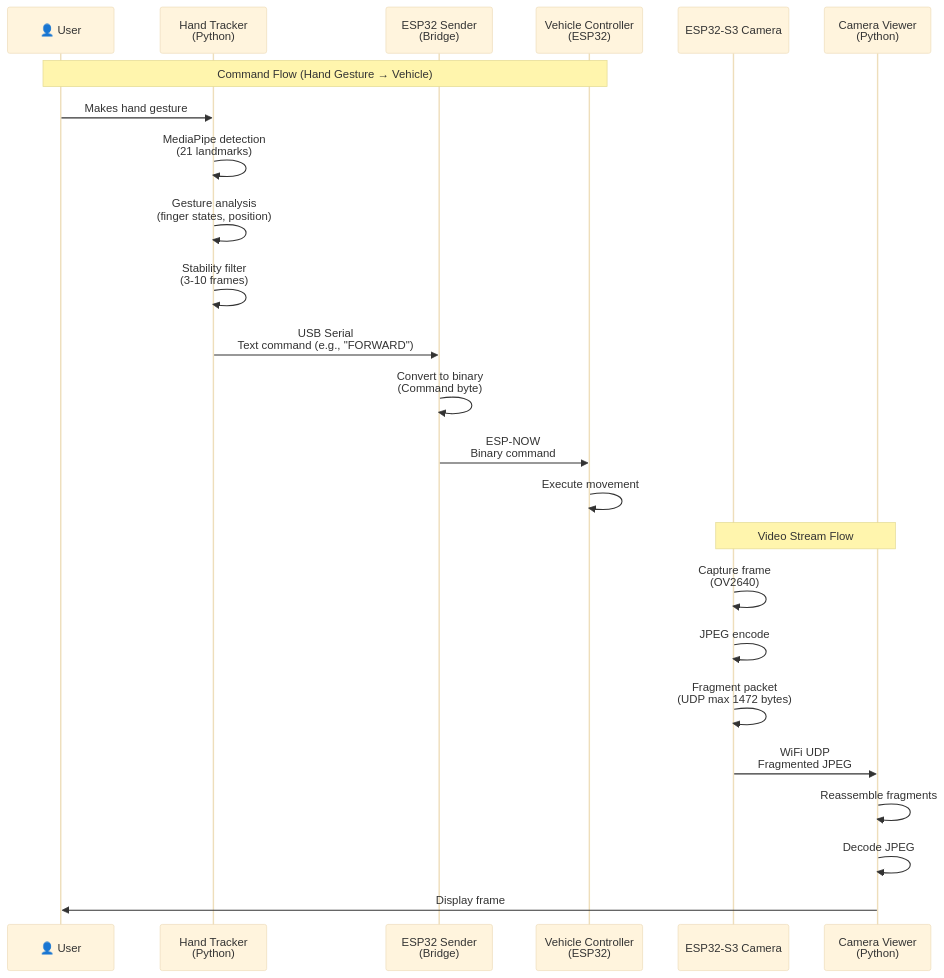
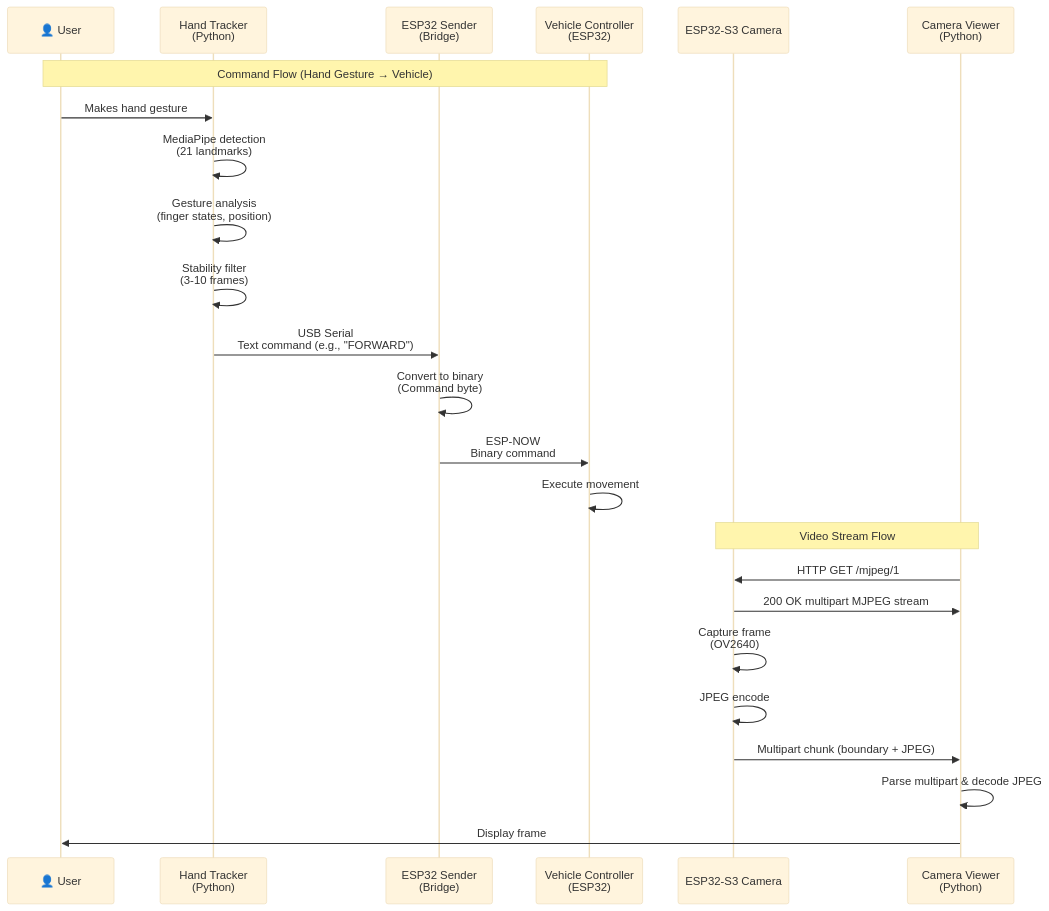
The second of 4 diagrams in pc_side/README.md (Yaniv23/final-project-gesture-car), drawn with Mermaid (base theme) before and after one commit. The commit also changed other lines of this file and 20 other files, not shown here.

````diff
--- a/pc_side/README.md
+++ b/pc_side/README.md
@@ -73,28 +74,28 @@
 ```mermaid
 sequenceDiagram
     participant User as 👤 User
     participant HT as Hand Tracker<br/>(Python)
     participant Sender as ESP32 Sender<br/>(Bridge)
     participant Vehicle as Vehicle Controller<br/>(ESP32)
     participant Camera as ESP32-S3 Camera
     participant Viewer as Camera Viewer<br/>(Python)
     
     Note over User,Vehicle: Command Flow (Hand Gesture → Vehicle)
     User->>HT: Makes hand gesture
     HT->>HT: MediaPipe detection<br/>(21 landmarks)
     HT->>HT: Gesture analysis<br/>(finger states, position)
     HT->>HT: Stability filter<br/>(3-10 frames)
     HT->>Sender: USB Serial<br/>Text command (e.g., "FORWARD")
     Sender->>Sender: Convert to binary<br/>(Command byte)
     Sender->>Vehicle: ESP-NOW<br/>Binary command
     Vehicle->>Vehicle: Execute movement
     
     Note over Camera,Viewer: Video Stream Flow
+    Viewer->>Camera: HTTP GET /mjpeg/1
+    Camera->>Viewer: 200 OK multipart MJPEG stream
     Camera->>Camera: Capture frame<br/>(OV2640)
     Camera->>Camera: JPEG encode
-    Camera->>Camera: Fragment packet<br/>(UDP max 1472 bytes)
-    Camera->>Viewer: WiFi UDP<br/>Fragmented JPEG
-    Viewer->>Viewer: Reassemble fragments
-    Viewer->>Viewer: Decode JPEG
+    Camera->>Viewer: Multipart chunk (boundary + JPEG)
+    Viewer->>Viewer: Parse multipart & decode JPEG
     Viewer->>User: Display frame
 ```
````
